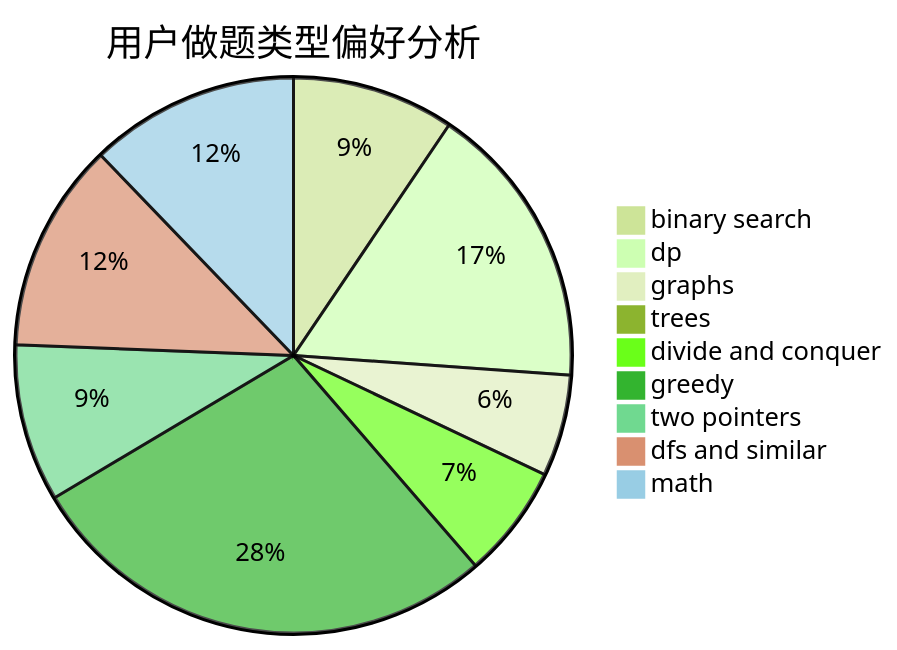
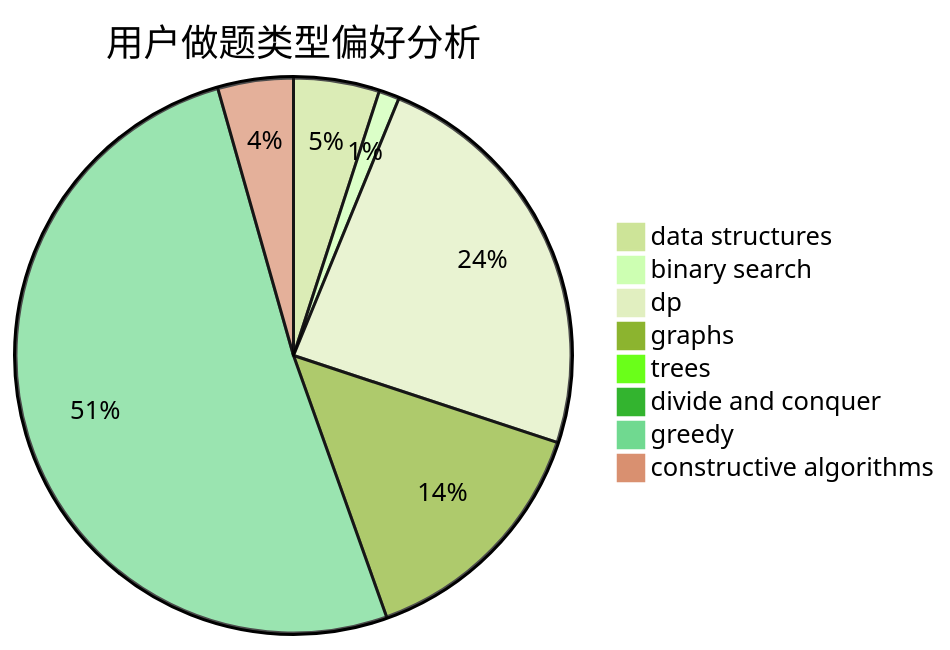
Before and after one commit to sherpahu/cfrs.github.io: the second of 3 diagrams in docs/user/u2510.md, drawn with Mermaid (forest theme). The commit also changed other lines of this file and 2775 other files, not shown here.

````diff
--- a/docs/user/u2510.md
+++ b/docs/user/u2510.md
@@ -23,12 +23,11 @@
 ```mermaid
 pie title 用户做题类型偏好分析
-    "binary search" :  265
-    "dp" :  468
-    "graphs" :  166
-    "trees" :  14
-    "divide and conquer" :  185
-    "greedy" :  780
-    "two pointers" :  257
-    "dfs and similar" :  342
-    "math" :  342
+    "data structures" :  50
+    "binary search" :  12
+    "dp" :  239
+    "graphs" :  145
+    "trees" :  7
+    "divide and conquer" :  0
+    "greedy" :  511
+    "constructive algorithms" :  44
 ```
````
